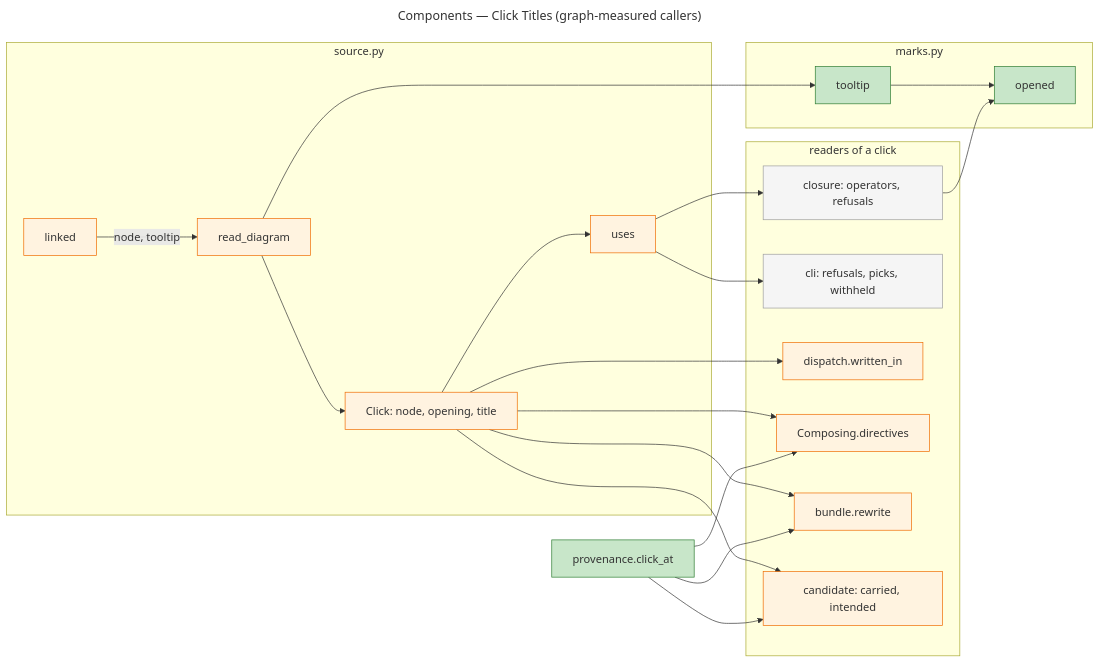
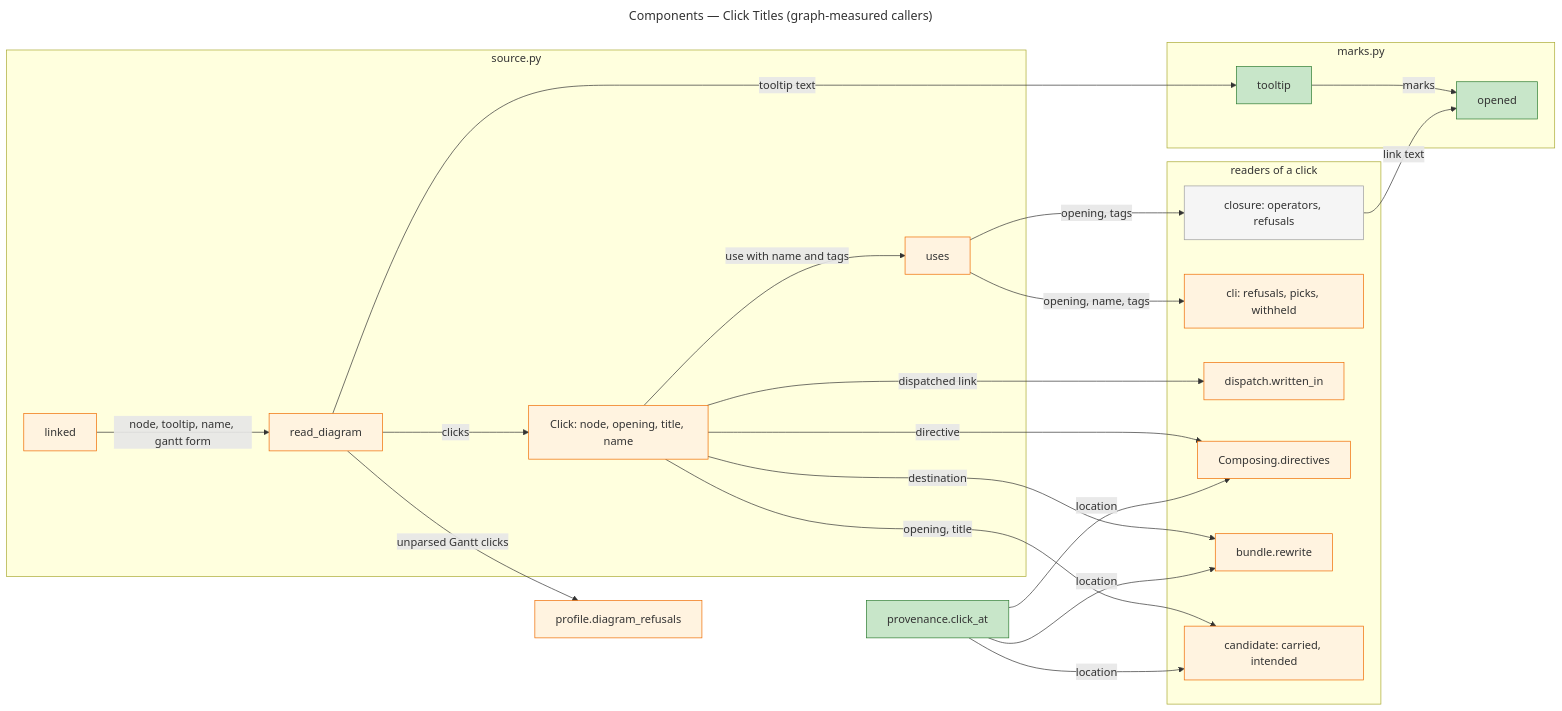
Before and after one commit to m2ux/prosiform: the first of 3 diagrams in artifacts/planning/2026-11-12-744-click-titles/architecture-overview.md, drawn with Mermaid. The commit also changed other lines of this file and 2 other files, not shown here.

````diff
--- a/artifacts/planning/2026-11-12-744-click-titles/architecture-overview.md
+++ b/artifacts/planning/2026-11-12-744-click-titles/architecture-overview.md
@@ -13,58 +13,62 @@
 ```mermaid
 ---
 title: Components — Click Titles (graph-measured callers)
 ---
 flowchart LR
     subgraph Marks [marks.py]
         Opened[opened]
         Tip[tooltip]
     end
 
     subgraph Source [source.py]
         Read[read_diagram]
         Linked[linked]
-        Click[Click: node, opening, title]
+        Click[Click: node, opening, title, name]
         Uses[uses]
     end
+
+    Profile[profile.diagram_refusals]
 
     subgraph Consumers [readers of a click]
         Closure[closure: operators, refusals]
         Cli[cli: refusals, picks, withheld]
         Dispatch[dispatch.written_in]
         Compose[Composing.directives]
         Bundle[bundle.rewrite]
         Cand[candidate: carried, intended]
     end
 
     Prov[provenance.click_at]
 
-    Linked -->|node, tooltip| Read
-    Read --> Tip
-    Tip --> Opened
-    Read --> Click
-    Click --> Uses
-    Uses --> Closure
-    Uses --> Cli
-    Click --> Dispatch
-    Click --> Compose
-    Click --> Bundle
-    Click --> Cand
-    Prov --> Compose
-    Prov --> Bundle
-    Prov --> Cand
-    Closure --> Opened
+    Linked -->|node, tooltip, name, gantt form| Read
+    Read -->|tooltip text| Tip
+    Tip -->|marks| Opened
+    Read -->|clicks| Click
+    Read -->|unparsed Gantt clicks| Profile
+    Click -->|use with name and tags| Uses
+    Uses -->|opening, tags| Closure
+    Uses -->|opening, name, tags| Cli
+    Click -->|dispatched link| Dispatch
+    Click -->|directive| Compose
+    Click -->|destination| Bundle
+    Click -->|opening, title| Cand
+    Prov -->|location| Compose
+    Prov -->|location| Bundle
+    Prov -->|location| Cand
+    Closure -->|link text| Opened
 
     style Opened fill:#c8e6c9,stroke:#2e7d32
     style Tip fill:#c8e6c9,stroke:#2e7d32
     style Prov fill:#c8e6c9,stroke:#2e7d32
+    style Profile fill:#fff3e0,stroke:#ef6c00
+    style Cli fill:#fff3e0,stroke:#ef6c00
     style Read fill:#fff3e0,stroke:#ef6c00
     style Linked fill:#fff3e0,stroke:#ef6c00
     style Click fill:#fff3e0,stroke:#ef6c00
     style Uses fill:#fff3e0,stroke:#ef6c00
     style Dispatch fill:#fff3e0,stroke:#ef6c00
     style Compose fill:#fff3e0,stroke:#ef6c00
     style Bundle fill:#fff3e0,stroke:#ef6c00
     style Cand fill:#fff3e0,stroke:#ef6c00
     style Closure fill:#f5f5f5,stroke:#9e9e9e
-    style Cli fill:#f5f5f5,stroke:#9e9e9e
 ```
````
